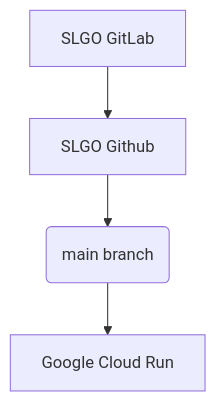
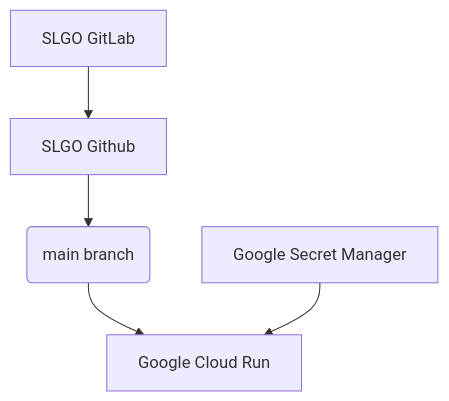
Before and after one commit to ogslbevey/metadata-generator: the diagram in README.md, drawn with Mermaid. The commit also changed other lines of this file, not shown here.

````diff
--- a/README.md
+++ b/README.md
@@ -93,6 +95,7 @@
 ```mermaid
 flowchart TD
     A[SLGO GitLab] -->B[SLGO Github]
     B --> C(main branch)
     C --> D[Google Cloud Run ]
+    E[Google Secret Manager] --> D
 ```
````
